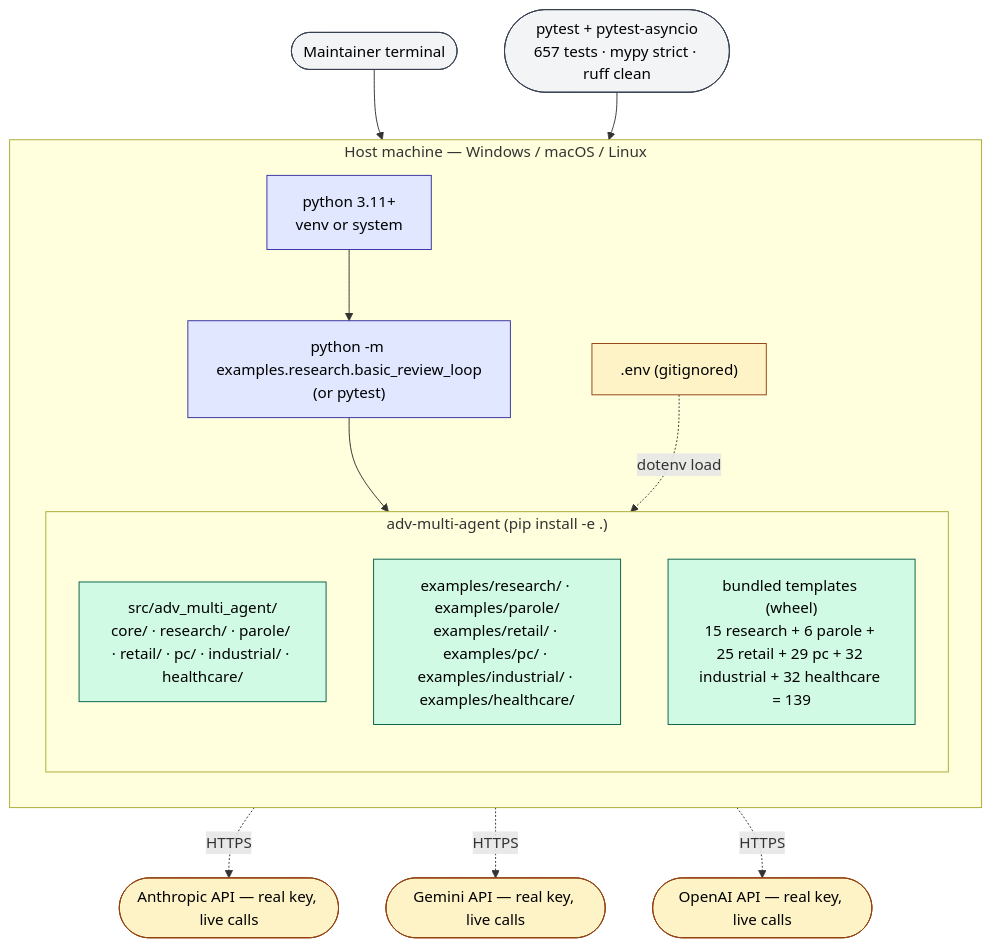
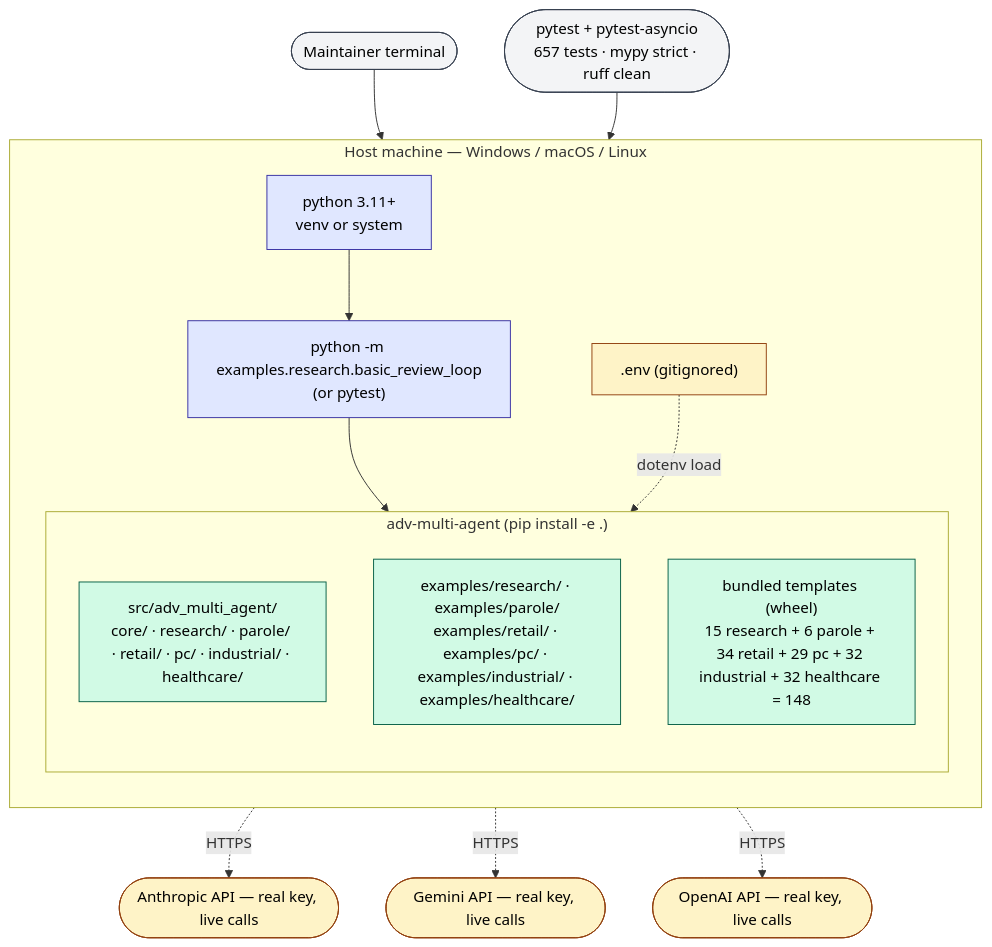
One commit to gmanch94/adversarial-multi-agent-lib changed the second of 2 diagrams in docs/deployment-architecture.md. Above: the diagram before and after it, drawn with Mermaid. The commit also changed other lines of this file and 1 other file, not shown here.

Commit message:
fix(docs): quote stadium-shape mermaid nodes in deployment-architecture; fold-in 139- templates + retail 25- drift [skip ci]
Mermaid 11.x rejects unquoted slash, colon, em-dash, and comma inside ([...]) stadium-shape node labels. Caller-side topology lines 19-23 and local-dev topology lines 142-161 wrapped with (["..."]).

Fold-in: SkillRegistry label (139 -, SkillsDir breakdown (25 retail -, total -, architecture.md A04 skills row (same drift). Verified via find: 15+6+34+29+32+32 = 148.

````diff
--- a/docs/deployment-architecture.md
+++ b/docs/deployment-architecture.md
@@ -135,37 +135,37 @@
 ```mermaid
 flowchart TB
     classDef proc fill:#e0e7ff,stroke:#3730a3,color:#000
     classDef lib fill:#d1fae5,stroke:#065f46,color:#000
     classDef ext fill:#fef3c7,stroke:#92400e,color:#000
     classDef user fill:#f3f4f6,stroke:#374151,color:#000
 
-    Dev([Maintainer terminal]):::user
-    Pyt([pytest + pytest-asyncio<br/>657 tests · mypy strict · ruff clean]):::user
+    Dev(["Maintainer terminal"]):::user
+    Pyt(["pytest + pytest-asyncio<br/>657 tests · mypy strict · ruff clean"]):::user
 
     subgraph Host["Host machine — Windows / macOS / Linux"]
         direction TB
         Py["python 3.11+<br/>venv or system"]:::proc
         EnvLocal[".env (gitignored)"]:::ext
         Example["python -m examples.research.basic_review_loop<br/>(or pytest)"]:::proc
 
         subgraph Pkg["adv-multi-agent (pip install -e .)"]
             direction TB
             Src["src/adv_multi_agent/<br/>core/ · research/ · parole/ · retail/ · pc/ · industrial/ · healthcare/"]:::lib
             Examples["examples/research/ · examples/parole/<br/>examples/retail/ · examples/pc/ · examples/industrial/ · examples/healthcare/"]:::lib
-            SkillsDir["bundled templates (wheel)<br/>15 research + 6 parole + 25 retail + 29 pc + 32 industrial + 32 healthcare = 139"]:::lib
+            SkillsDir["bundled templates (wheel)<br/>15 research + 6 parole + 34 retail + 29 pc + 32 industrial + 32 healthcare = 148"]:::lib
         end
     end
 
-    Anthro([Anthropic API — real key, live calls]):::ext
-    GeminiDev([Gemini API — real key, live calls]):::ext
-    OAI([OpenAI API — real key, live calls]):::ext
+    Anthro(["Anthropic API — real key, live calls"]):::ext
+    GeminiDev(["Gemini API — real key, live calls"]):::ext
+    OAI(["OpenAI API — real key, live calls"]):::ext
 
     Dev --> Py
     Pyt --> Py
     Py --> Example
     Example --> Src
     EnvLocal -. dotenv load .-> Src
     Src -. HTTPS .-> Anthro
     Src -. HTTPS .-> GeminiDev
     Src -. HTTPS .-> OAI
 ```
````
